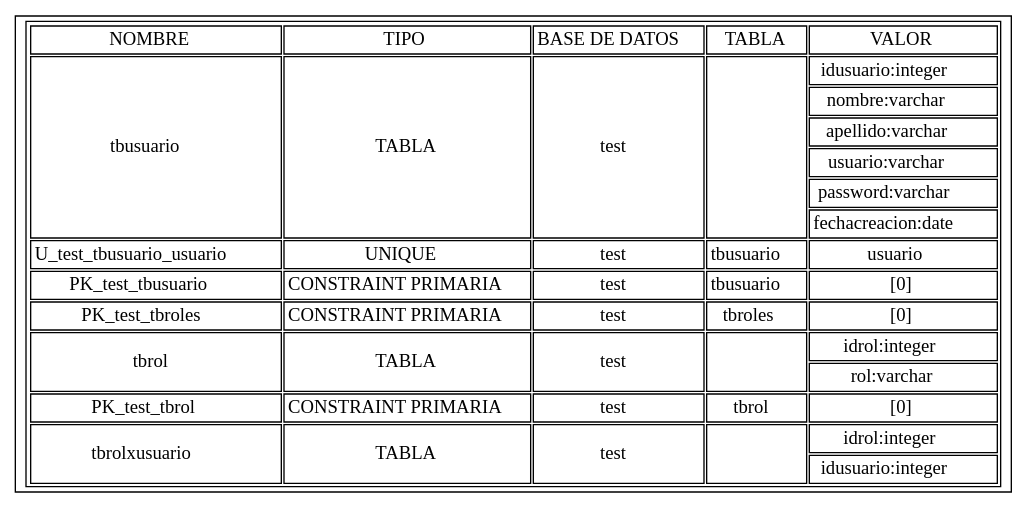
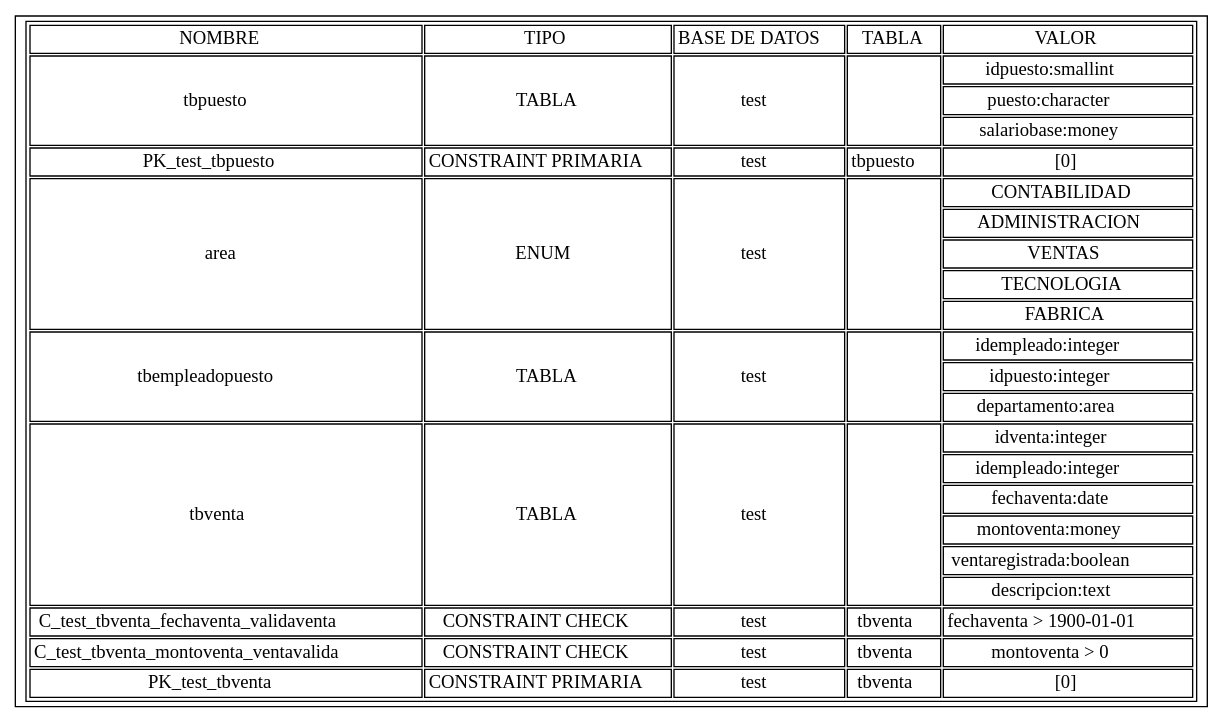
The diagram in ts.dot (sicmmar/Proyecto-Compi2), drawn with Graphviz before and after one commit. The commit also changed 28 other files, not shown here.

```diff
--- a/ts.dot
+++ b/ts.dot
@@ -1,13 +1,18 @@
-digraph G {shortName [shape=record label=<<TABLE><TR><TD>NOMBRE</TD><TD>TIPO</TD><TD>BASE DE DATOS</TD><TD>TABLA</TD><TD>VALOR</TD></TR><TR><TD rowspan='6'>tbusuario</TD><TD rowspan='6'>TABLA</TD><TD rowspan='6'>test</TD><TD rowspan='6'></TD><TD>idusuario:integer</TD></TR>
-<TR><TD>nombre:varchar</TD></TR>
-<TR><TD>apellido:varchar</TD></TR>
-<TR><TD>usuario:varchar</TD></TR>
-<TR><TD>password:varchar</TD></TR>
-<TR><TD>fechacreacion:date</TD></TR>
-<TR><TD>U_test_tbusuario_usuario</TD><TD>UNIQUE</TD><TD>test</TD><TD>tbusuario</TD><TD>usuario</TD></TR>
-
-<TR><TD>PK_test_tbusuario</TD><TD>CONSTRAINT PRIMARIA</TD><TD>test</TD><TD>tbusuario</TD><TD>[0]</TD></TR><TR><TD>PK_test_tbroles</TD><TD>CONSTRAINT PRIMARIA</TD><TD>test</TD><TD>tbroles</TD><TD>[0]</TD></TR><TR><TD rowspan='2'>tbrol</TD><TD rowspan='2'>TABLA</TD><TD rowspan='2'>test</TD><TD rowspan='2'></TD><TD>idrol:integer</TD></TR>
-<TR><TD>rol:varchar</TD></TR>
-<TR><TD>PK_test_tbrol</TD><TD>CONSTRAINT PRIMARIA</TD><TD>test</TD><TD>tbrol</TD><TD>[0]</TD></TR><TR><TD rowspan='2'>tbrolxusuario</TD><TD rowspan='2'>TABLA</TD><TD rowspan='2'>test</TD><TD rowspan='2'></TD><TD>idrol:integer</TD></TR>
-<TR><TD>idusuario:integer</TD></TR>
-</TABLE>>]}
+digraph G {shortName [shape=record label=<<TABLE><TR><TD>NOMBRE</TD><TD>TIPO</TD><TD>BASE DE DATOS</TD><TD>TABLA</TD><TD>VALOR</TD></TR><TR><TD rowspan='3'>tbpuesto</TD><TD rowspan='3'>TABLA</TD><TD rowspan='3'>test</TD><TD rowspan='3'></TD><TD>idpuesto:smallint</TD></TR>
+<TR><TD>puesto:character</TD></TR>
+<TR><TD>salariobase:money</TD></TR>
+<TR><TD>PK_test_tbpuesto</TD><TD>CONSTRAINT PRIMARIA</TD><TD>test</TD><TD>tbpuesto</TD><TD>[0]</TD></TR><TR><TD rowspan='5'>area</TD><TD rowspan='5'>ENUM</TD><TD rowspan='5'>test</TD><TD rowspan='5'></TD><TD>CONTABILIDAD</TD></TR>
+<TR><TD>ADMINISTRACION</TD></TR>
+<TR><TD>VENTAS</TD></TR>
+<TR><TD>TECNOLOGIA</TD></TR>
+<TR><TD>FABRICA</TD></TR>
+<TR><TD rowspan='3'>tbempleadopuesto</TD><TD rowspan='3'>TABLA</TD><TD rowspan='3'>test</TD><TD rowspan='3'></TD><TD>idempleado:integer</TD></TR>
+<TR><TD>idpuesto:integer</TD></TR>
+<TR><TD>departamento:area</TD></TR>
+<TR><TD rowspan='6'>tbventa</TD><TD rowspan='6'>TABLA</TD><TD rowspan='6'>test</TD><TD rowspan='6'></TD><TD>idventa:integer</TD></TR>
+<TR><TD>idempleado:integer</TD></TR>
+<TR><TD>fechaventa:date</TD></TR>
+<TR><TD>montoventa:money</TD></TR>
+<TR><TD>ventaregistrada:boolean</TD></TR>
+<TR><TD>descripcion:text</TD></TR>
+<TR><TD>C_test_tbventa_fechaventa_validaventa</TD><TD>CONSTRAINT CHECK</TD><TD>test</TD><TD>tbventa</TD><TD>fechaventa &#62; 1900-01-01</TD></TR>\n<TR><TD>C_test_tbventa_montoventa_ventavalida</TD><TD>CONSTRAINT CHECK</TD><TD>test</TD><TD>tbventa</TD><TD>montoventa &#62; 0</TD></TR>\n<TR><TD>PK_test_tbventa</TD><TD>CONSTRAINT PRIMARIA</TD><TD>test</TD><TD>tbventa</TD><TD>[0]</TD></TR></TABLE>>]}
```
